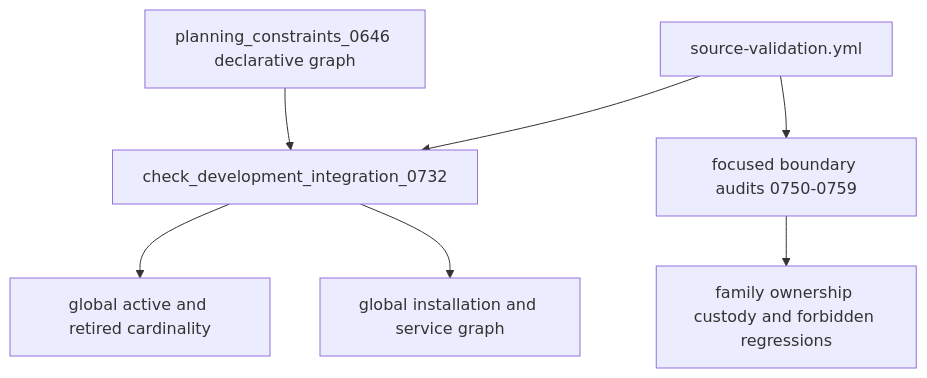
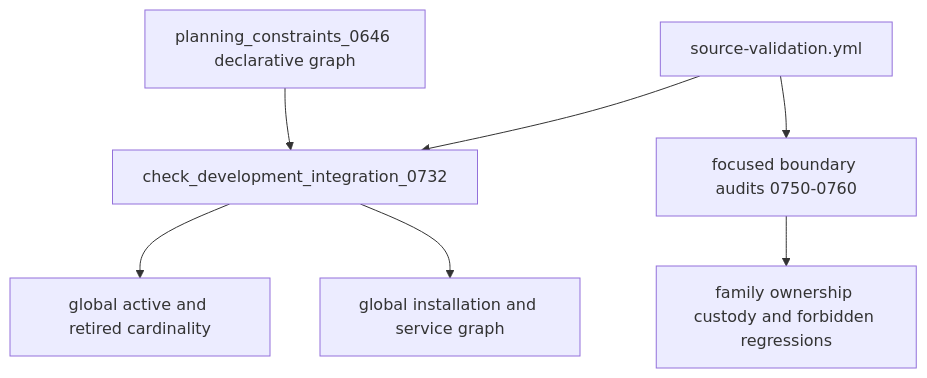
One commit to mrcalzon02/Tech-Priests changed the eighth of 8 diagrams in docs/RECOVERY_AUTHORITY_MAP_CURRENT.md. Above: the diagram before and after it, drawn with Mermaid. The commit also changed other lines of this file, not shown here.

````diff
--- a/docs/RECOVERY_AUTHORITY_MAP_CURRENT.md
+++ b/docs/RECOVERY_AUTHORITY_MAP_CURRENT.md
@@ -126,9 +149,9 @@
 ```mermaid
 flowchart TD
     Planning[planning_constraints_0646 declarative graph] --> Integration[check_development_integration_0732]
     Integration --> Cardinality[global active and retired cardinality]
     Integration --> InstallOrder[global installation and service graph]
-    Family[focused boundary audits 0750-0759] --> Contracts[family ownership custody and forbidden regressions]
+    Family[focused boundary audits 0750-0760] --> Contracts[family ownership custody and forbidden regressions]
     Workflow[source-validation.yml] --> Integration
     Workflow --> Family
 ```
````
